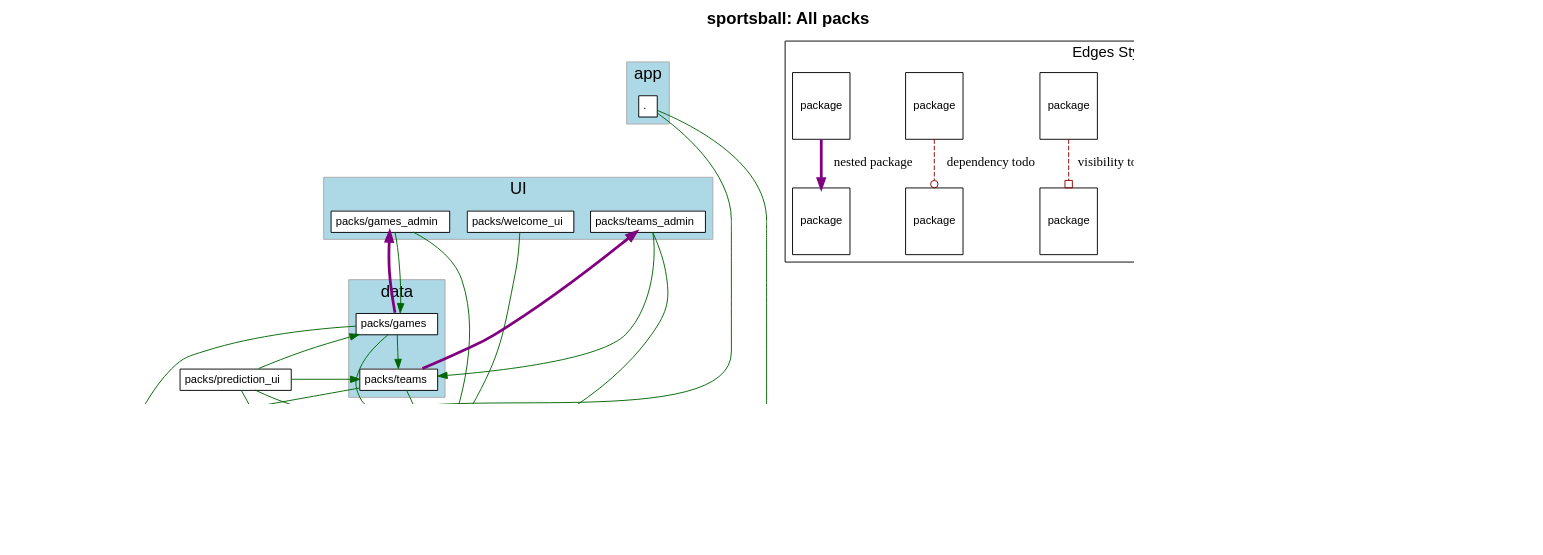
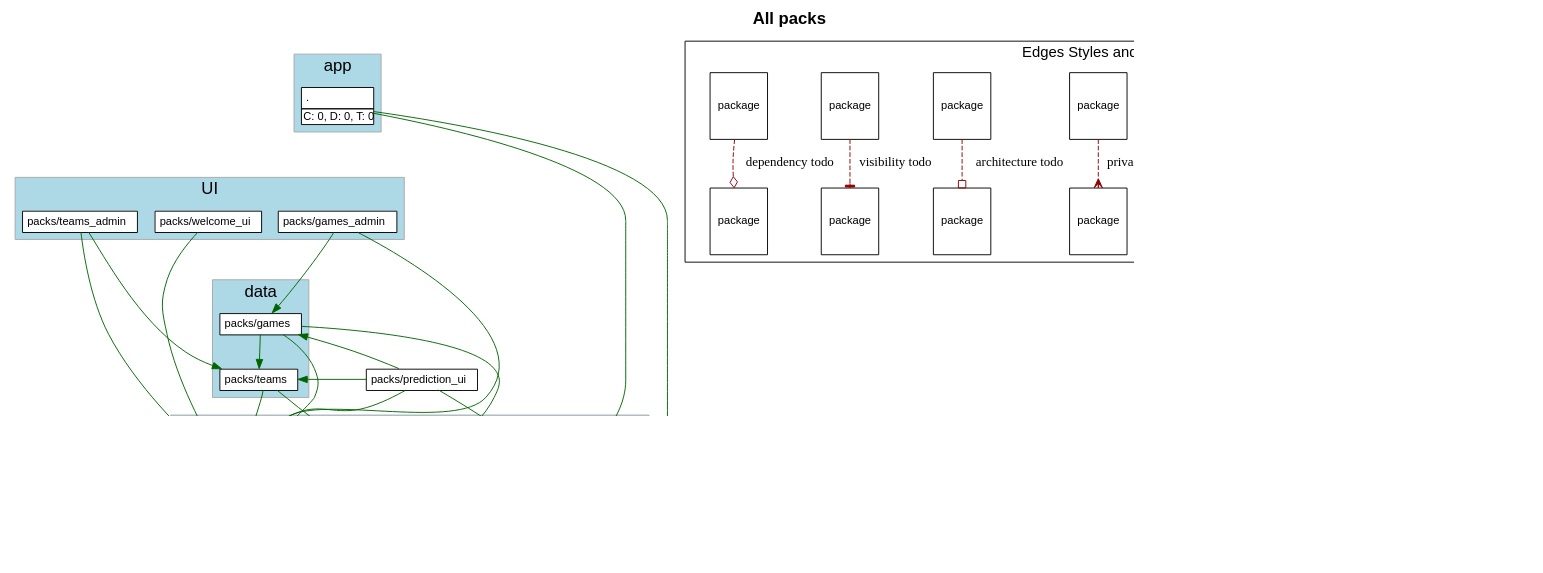
Before and after one commit to shageman/package-based-rails-applications-book: the diagram in c5s08/sportsball/diagrams/all_packs.dot, drawn with Graphviz. The commit also changed 6963 other files, not shown here.

```diff
--- a/c5s08/sportsball/diagrams/all_packs.dot
+++ b/c5s08/sportsball/diagrams/all_packs.dot
@@ -5,7 +5,7 @@
     fontname="Helvetica,Arial,sans-serif"
     dpi=100
     layout=dot
-    label=<<b>sportsball: All packs</b>>
+    label=<<b>All packs</b>>
     fontsize=18
   ]
   node [
@@ -30,6 +30,7 @@
             label= <
                 <table border='0' cellborder='1' cellspacing='0' cellpadding='4'>
                   <tr> <td align='left'> . </td> </tr>
+                  <tr><td CELLPADDING='1' ALIGN='RIGHT'>C: 0, D: 0, T: 0</td></tr>
                 </table>
               >
           ]
@@ -119,7 +120,8 @@
                   <table border='0' cellborder='1' cellspacing='0' cellpadding='4'>
                     <tr> <td port='private'> packs/predictor_interface </td> </tr>
                   </table>
-                </td></tr></table>
+                  </td></tr>
+                  </table>
               >
           ]
         
@@ -139,7 +141,8 @@
                   <table border='0' cellborder='1' cellspacing='0' cellpadding='4'>
                     <tr> <td port='private'> packs/service_locator </td> </tr>
                   </table>
-                </td></tr></table>
+                  </td></tr>
+                  </table>
               >
           ]
         
@@ -170,6 +173,7 @@
             label= <
                 <table border='0' cellborder='1' cellspacing='0' cellpadding='4'>
                   <tr> <td align='left'> packs/predictor </td> </tr>
+                  <tr><td CELLPADDING='1' ALIGN='RIGHT'>D: 0, R: 0, T: 0</td></tr>
                 </table>
               >
           ]
@@ -198,36 +202,39 @@
           "packs/teams_admin" -> "packs/rails_shims" [ color=darkgreen ]
           "packs/teams_admin" -> "packs/teams" [ color=darkgreen ]
           "packs/welcome_ui" -> "packs/rails_shims" [ color=darkgreen ]
-        "packs/games" -> "packs/games_admin" [ color=purple penwidth=3 ]
-        "packs/predictor" -> "packs/predictor_interface" [ color=purple penwidth=3 ]
-        "packs/teams" -> "packs/teams_admin" [ color=purple penwidth=3 ]
-  subgraph cluster_legend {
-    fontsize=16
-    label="Edges Styles and Arrow Heads"
-    A [ fontsize=12 shape=box label="package"]
-    B [ fontsize=12 shape=box label="package"]
-    C [ fontsize=12 shape=box label="package"]
-    D [ fontsize=12 shape=box label="package"]
-    E [ fontsize=12 shape=box label="package"]
-    F [ fontsize=12 shape=box label="package"]
-    G [ fontsize=12 shape=box label="package"]
-    H [ fontsize=12 shape=box label="package"]
-    I [ fontsize=12 shape=box label="package"]
-    J [ fontsize=12 shape=box label="package"]
-    K [ fontsize=12 shape=box label="package"]
-    L [ fontsize=12 shape=box label="package"]
-    A -> B [label="accepted dependency" color=darkgreen]
-    C -> D [label="privac todo" color=darkred style=dashed arrowhead=crow]
-    E -> F [label="architecture todo" color=darkred style=dashed arrowhead=invodot]
-    G -> H [label="visibility todo" color=darkred style=dashed arrowhead=obox]
-    I -> J [label="dependency todo" color=darkred style=dashed arrowhead=odot]
-    K -> L [label="nested package" color=purple penwidth=3]
-  }
+    subgraph cluster_legend {
+      fontsize=16
+      label="Edges Styles and Arrow Heads"
+      A [ fontsize=12 shape=box label="package"]
+      B [ fontsize=12 shape=box label="package"]
+      A -> B [label="accepted dependency" color=darkgreen]
+      K [ fontsize=12 shape=box label="package"]
+      L [ fontsize=12 shape=box label="package"]
+      K -> L [label="nested package" color=purple]
+      M [ fontsize=12 shape=box label="package"]
+      N [ fontsize=12 shape=box label="package"]
+      M -> N [label="visibile to" color=blue]
+      C [ fontsize=12 shape=box label="package"]
+      D [ fontsize=12 shape=box label="package"]
+      C -> D [label="privacy todo" color=darkred style=dashed arrowhead=crow]
+      E [ fontsize=12 shape=box label="package"]
+      F [ fontsize=12 shape=box label="package"]
+      E -> F [label="architecture todo" color=darkred style=dashed arrowhead=obox]
+      G [ fontsize=12 shape=box label="package"]
+      H [ fontsize=12 shape=box label="package"]
+      G -> H [label="visibility todo" color=darkred style=dashed arrowhead=tee]
+      I [ fontsize=12 shape=box label="package"]
+      J [ fontsize=12 shape=box label="package"]
+      I -> J [label="dependency todo" color=darkred style=dashed arrowhead=odiamond]
+      LEGEND_NODE_1 [ label="" peripheries=0 height=0 width=0 style=invis ]
+      LEGEND_NODE_2 [ label="" peripheries=0 height=0 width=0 style=invis ]
+      LEGEND_NODE_1 -> LEGEND_NODE_2 [ style=invis ]
+    }
   subgraph cluster_teams_legend {
     fontsize=16
     label="Team Colors"
 
 
   }
-  J -> "" [style=invis]
+    LEGEND_NODE_2 -> "" [style=invis]
 }
```
